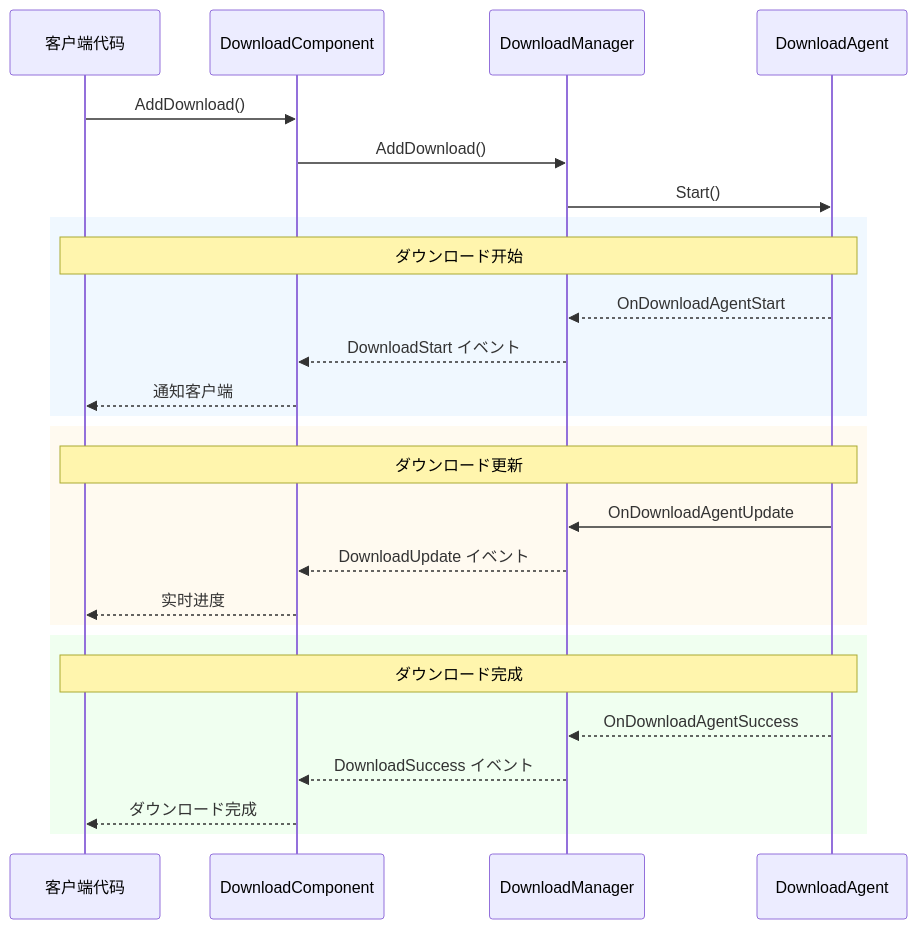
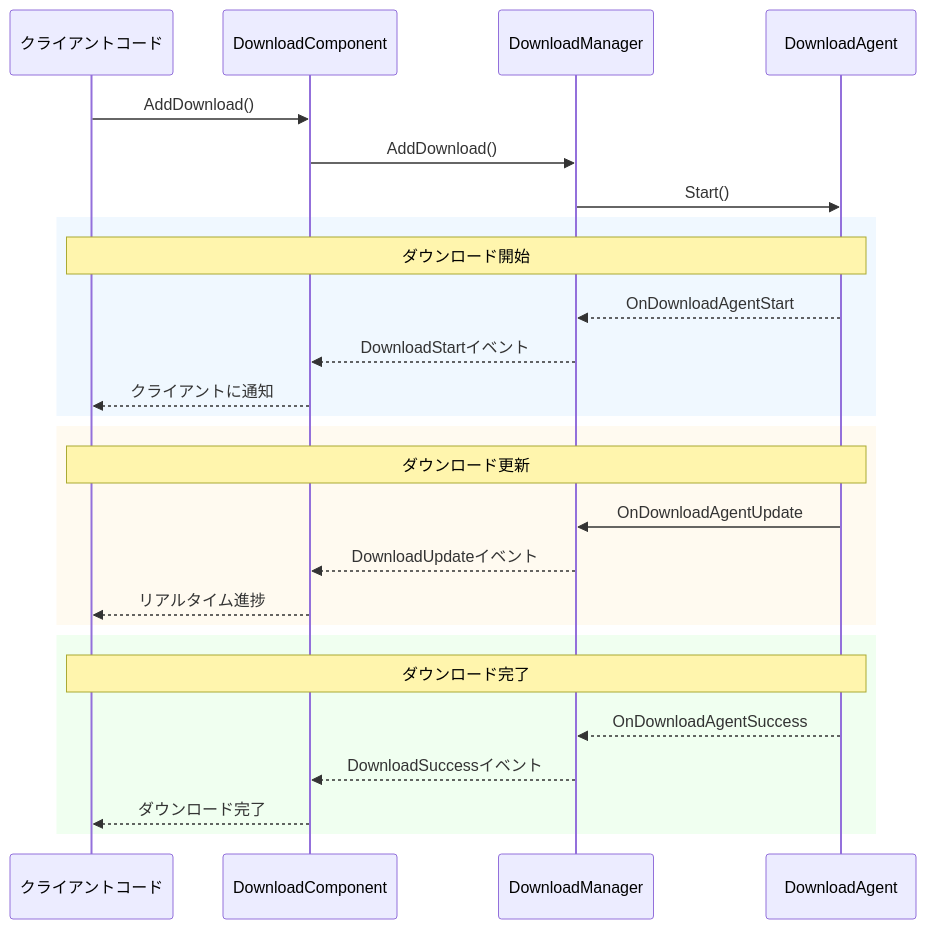
The second of 3 diagrams in docs/ja/client/unity/component/download/04.features.md (AlianBlank/GameFrameX.Docs), drawn with Mermaid before and after one commit. The commit also changed other lines of this file and 320 other files, not shown here.

````diff
--- a/docs/ja/client/unity/component/download/04.features.md
+++ b/docs/ja/client/unity/component/download/04.features.md
@@ -126,32 +126,32 @@
 ```mermaid
 sequenceDiagram
-    participant Client as 客户端代码
+    participant Client as クライアントコード
     participant DC as DownloadComponent
     participant DM as DownloadManager
     participant Agent as DownloadAgent
 
     Client->>DC: AddDownload()
     DC->>DM: AddDownload()
     DM->>Agent: Start()
-    
+
     rect rgb(240, 248, 255)
-        Note over Agent,Client: ダウンロード开始
+        Note over Agent,Client: ダウンロード開始
         Agent-->>DM: OnDownloadAgentStart
-        DM-->>DC: DownloadStart イベント
-        DC-->>Client: 通知客户端
+        DM-->>DC: DownloadStartイベント
+        DC-->>Client: クライアントに通知
     end
-    
+
     rect rgb(255, 250, 240)
         Note over Agent,Client: ダウンロード更新
         Agent->>DM: OnDownloadAgentUpdate
-        DM-->>DC: DownloadUpdate イベント
-        DC-->>Client: 实时进度
+        DM-->>DC: DownloadUpdateイベント
+        DC-->>Client: リアルタイム進捗
     end
-    
+
     rect rgb(240, 255, 240)
-        Note over Agent,Client: ダウンロード完成
+        Note over Agent,Client: ダウンロード完了
         Agent-->>DM: OnDownloadAgentSuccess
-        DM-->>DC: DownloadSuccess イベント
-        DC-->>Client: ダウンロード完成
+        DM-->>DC: DownloadSuccessイベント
+        DC-->>Client: ダウンロード完了
     end
 ```
````
